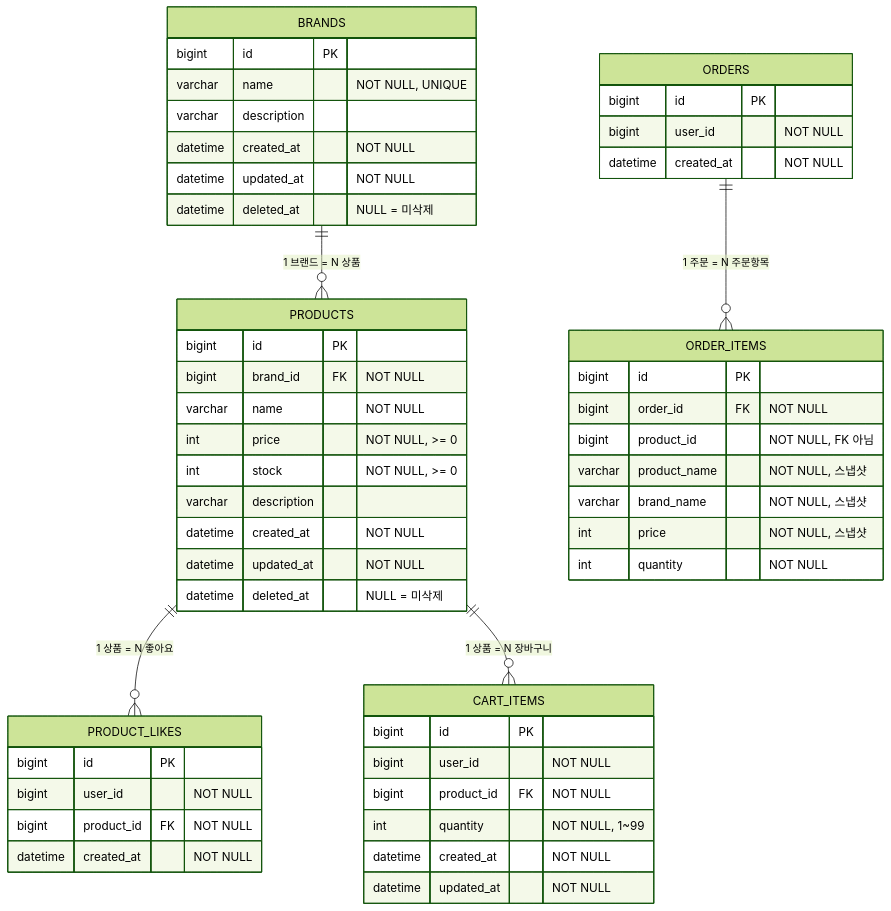
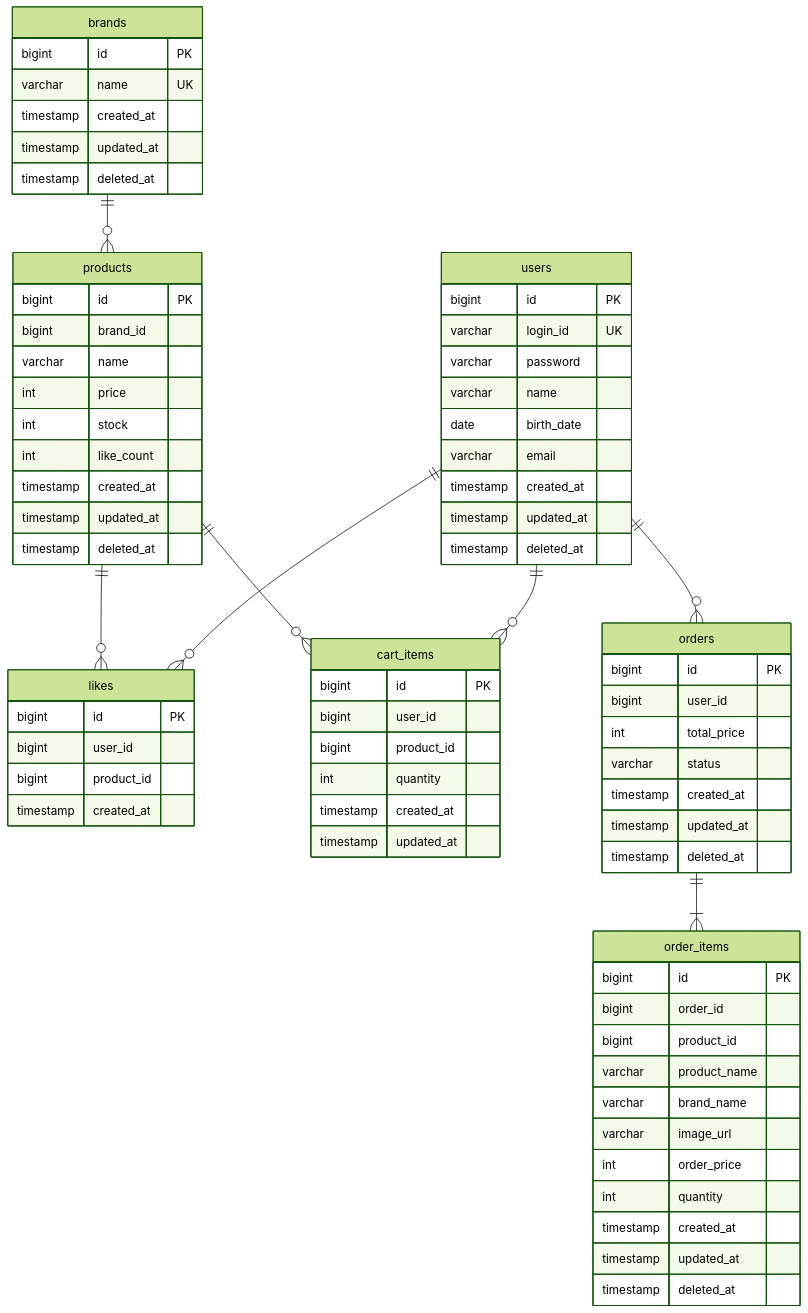
One commit to plan11plan/loop-pack-be-l2-vol3-java changed the diagram in docs/design/04-erd.md. Above: the diagram before and after it, drawn with Mermaid (forest theme). The commit also changed other lines of this file and 4 other files, not shown here.

Commit message:
docs: 기능요구사항,클래스다이어그램,erd 수정

````diff
--- a/docs/design/04-erd.md
+++ b/docs/design/04-erd.md
@@ -25,60 +9,82 @@
 ```mermaid
 erDiagram
-    BRANDS {
+    users {
         bigint id PK
-        varchar name "NOT NULL, UNIQUE"
-        varchar description
-        datetime created_at "NOT NULL"
-        datetime updated_at "NOT NULL"
-        datetime deleted_at "NULL = 미삭제"
+        varchar login_id UK
+        varchar password
+        varchar name
+        date birth_date
+        varchar email
+        timestamp created_at
+        timestamp updated_at
+        timestamp deleted_at
     }
 
-    PRODUCTS {
+    brands {
         bigint id PK
-        bigint brand_id FK "NOT NULL"
-        varchar name "NOT NULL"
-        int price "NOT NULL, >= 0"
-        int stock "NOT NULL, >= 0"
-        varchar description
-        datetime created_at "NOT NULL"
-        datetime updated_at "NOT NULL"
-        datetime deleted_at "NULL = 미삭제"
+        varchar name UK
+        timestamp created_at
+        timestamp updated_at
+        timestamp deleted_at
     }
 
-    PRODUCT_LIKES {
+    products {
         bigint id PK
-        bigint user_id "NOT NULL"
-        bigint product_id FK "NOT NULL"
-        datetime created_at "NOT NULL"
+        bigint brand_id
+        varchar name
+        int price
+        int stock
+        int like_count
+        timestamp created_at
+        timestamp updated_at
+        timestamp deleted_at
     }
 
-    CART_ITEMS {
+    likes {
         bigint id PK
-        bigint user_id "NOT NULL"
-        bigint product_id FK "NOT NULL"
-        int quantity "NOT NULL, 1~99"
-        datetime created_at "NOT NULL"
-        datetime updated_at "NOT NULL"
+        bigint user_id
+        bigint product_id
+        timestamp created_at
     }
 
-    ORDERS {
+    cart_items {
         bigint id PK
-        bigint user_id "NOT NULL"
-        datetime created_at "NOT NULL"
+        bigint user_id
+        bigint product_id
+        int quantity
+        timestamp created_at
+        timestamp updated_at
     }
 
-    ORDER_ITEMS {
+    orders {
         bigint id PK
-        bigint order_id FK "NOT NULL"
-        bigint product_id "NOT NULL, FK 아님"
-        varchar product_name "NOT NULL, 스냅샷"
-        varchar brand_name "NOT NULL, 스냅샷"
-        int price "NOT NULL, 스냅샷"
-        int quantity "NOT NULL"
+        bigint user_id
+        int total_price
+        varchar status
+        timestamp created_at
+        timestamp updated_at
+        timestamp deleted_at
     }
 
-    BRANDS ||--o{ PRODUCTS : "1 브랜드 = N 상품"
-    PRODUCTS ||--o{ PRODUCT_LIKES : "1 상품 = N 좋아요"
-    PRODUCTS ||--o{ CART_ITEMS : "1 상품 = N 장바구니"
-    ORDERS ||--o{ ORDER_ITEMS : "1 주문 = N 주문항목"
+    order_items {
+        bigint id PK
+        bigint order_id
+        bigint product_id
+        varchar product_name
+        varchar brand_name
+        varchar image_url
+        int order_price
+        int quantity
+        timestamp created_at
+        timestamp updated_at
+        timestamp deleted_at
+    }
+
+    brands ||--o{ products : ""
+    users ||--o{ likes : ""
+    products ||--o{ likes : ""
+    users ||--o{ cart_items : ""
+    products ||--o{ cart_items : ""
+    users ||--o{ orders : ""
+    orders ||--|{ order_items : ""
 ```
````
